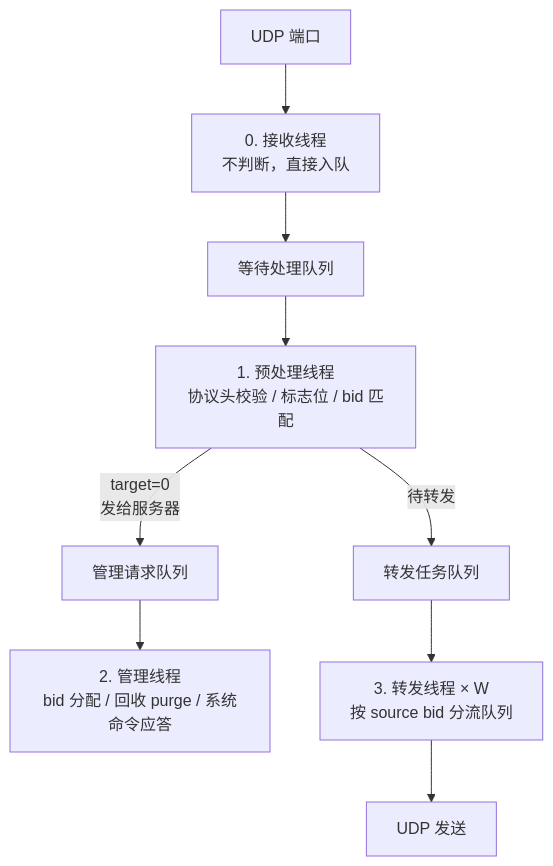
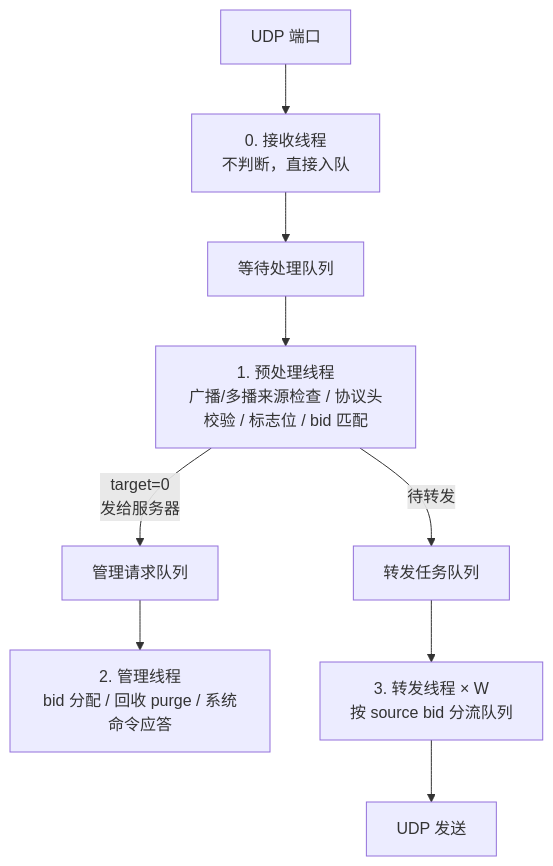
Before and after one commit to moky/magpie: the second of 2 diagrams in docs/architecture.md, drawn with Mermaid. The commit also changed other lines of this file and 10 other files, not shown here.

````diff
--- a/docs/architecture.md
+++ b/docs/architecture.md
@@ -38,11 +38,11 @@
 ```mermaid
 flowchart TD
     UDP[UDP 端口] --> RX[0. 接收线程<br/>不判断，直接入队]
     RX --> WL[等待处理队列]
-    WL --> PRE[1. 预处理线程<br/>协议头校验 / 标志位 / bid 匹配]
+    WL --> PRE[1. 预处理线程<br/>广播/多播来源检查 / 协议头校验 / 标志位 / bid 匹配]
     PRE -- "target=0<br/>发给服务器" --> MQ[管理请求队列]
     PRE -- "待转发" --> FQ[转发任务队列]
     MQ --> MGMT[2. 管理线程<br/>bid 分配 / 回收 purge / 系统命令应答]
     FQ --> FWD[3. 转发线程 × W<br/>按 source bid 分流队列]
     FWD --> OUT[UDP 发送]
 ```
````
